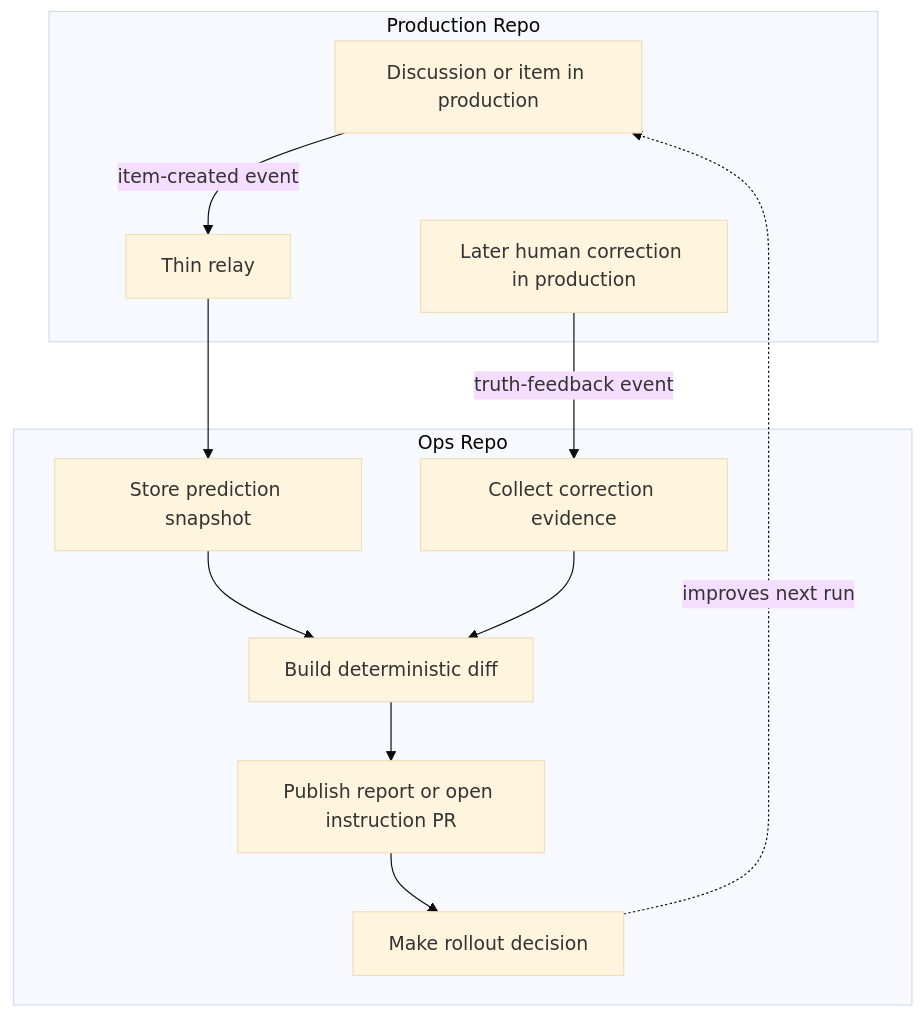
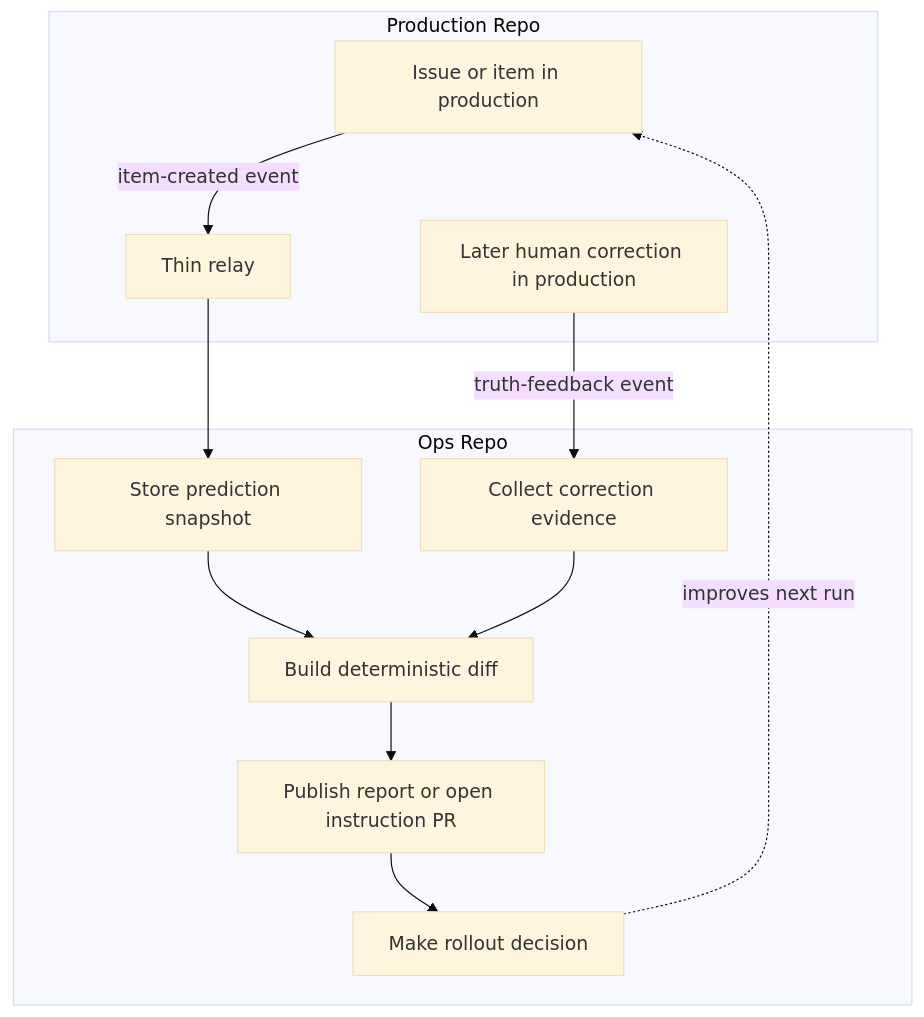
Before and after one commit to githubnext/gh-aw: the diagram in docs/src/content/docs/patterns/correction-ops.md, drawn with Mermaid (base theme). The commit also changed other lines of this file, not shown here.

````diff
--- a/docs/src/content/docs/patterns/correction-ops.md
+++ b/docs/src/content/docs/patterns/correction-ops.md
@@ -47,25 +47,25 @@
 ```mermaid
 flowchart TB
   subgraph ProductionRepo[Production Repo]
-    A[Discussion or item in production]
+    A[Issue or item in production]
     D[Later human correction in production]
     B[Thin relay]
   end
 
   subgraph OpsRepo[Ops Repo]
     C[Store prediction snapshot]
     E[Collect correction evidence]
     F[Build deterministic diff]
     G[Publish report or open instruction PR]
     H[Make rollout decision]
   end
 
   A -->|item-created event| B
   B --> C
   D -->|truth-feedback event| E
   C --> F
   E --> F
   F --> G
   G --> H
   H -.->|improves next run| A
 ```
````
